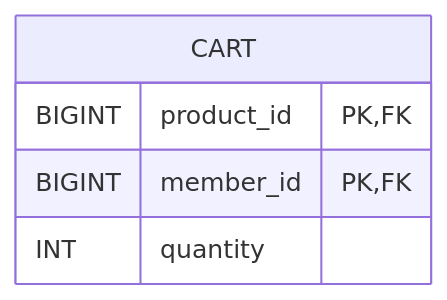
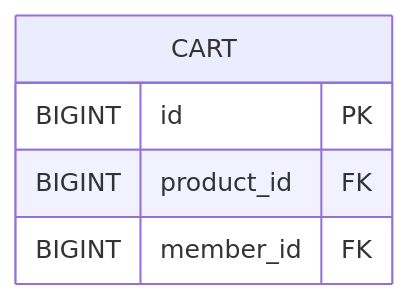
Before and after one commit to woowacourse/jwp-shopping-cart: the second of 2 diagrams in README.md, drawn with Mermaid. The commit also changed other lines of this file and 8 other files, not shown here.

````diff
--- a/README.md
+++ b/README.md
@@ -93,8 +93,8 @@
     ```mermaid
         erDiagram
           CART {
-          BIGINT product_id PK,FK
-          BIGINT member_id PK,FK
-          INT quantity
+          BIGINT id PK
+          BIGINT product_id FK
+          BIGINT member_id FK
           }
     ```
````
